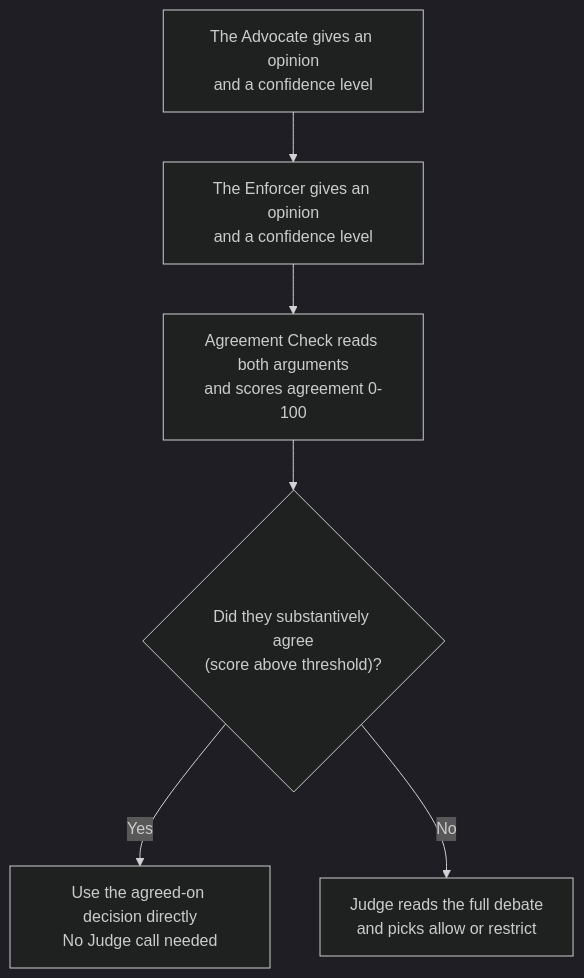
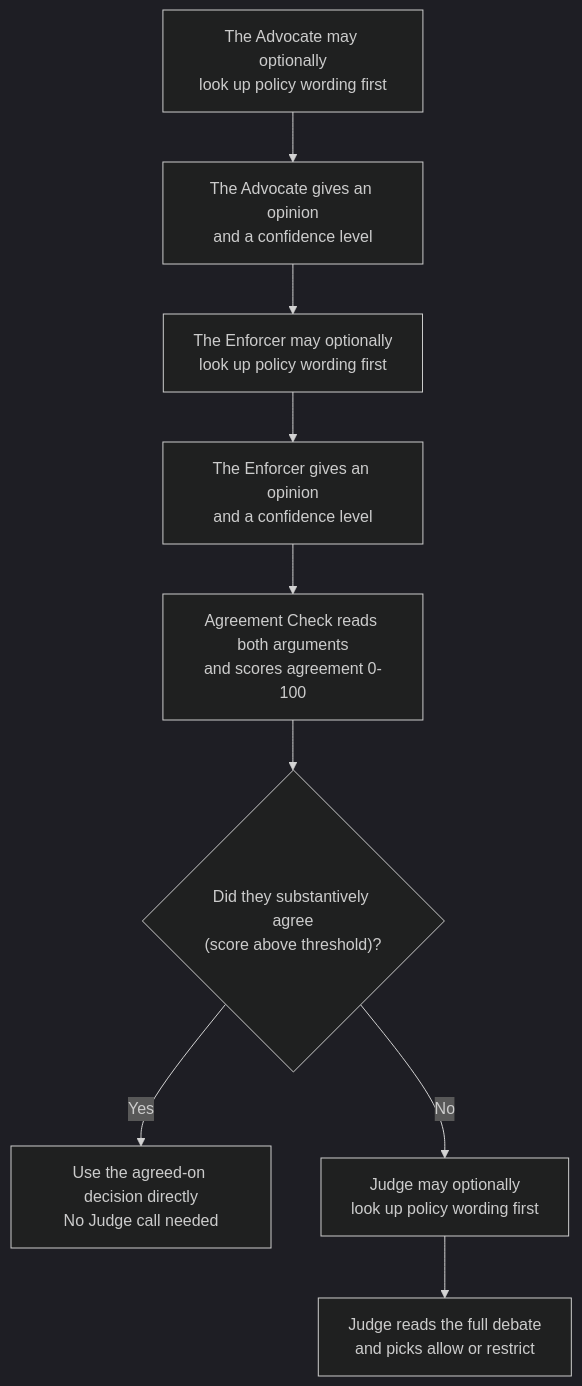
Before and after one commit to harineek24/ModAgent: the third of 3 diagrams in docs/HOW_IT_WORKS.md, drawn with Mermaid (dark theme). The commit also changed other lines of this file, not shown here.

First line of the commit message:
Show the optional, at-will tool-calling step in the Slide 4 debate diagram

````diff
--- a/docs/HOW_IT_WORKS.md
+++ b/docs/HOW_IT_WORKS.md
@@ -82,8 +82,11 @@
 ```mermaid
 flowchart TD
-    R1[The Advocate gives an opinion\nand a confidence level] --> R2[The Enforcer gives an opinion\nand a confidence level]
-    R2 --> AC[Agreement Check reads both arguments\nand scores agreement 0-100]
+    R1[The Advocate may optionally\nlook up policy wording first] --> R1b[The Advocate gives an opinion\nand a confidence level]
+    R1b --> R2[The Enforcer may optionally\nlook up policy wording first]
+    R2 --> R2b[The Enforcer gives an opinion\nand a confidence level]
+    R2b --> AC[Agreement Check reads both arguments\nand scores agreement 0-100]
     AC --> Check{"Did they substantively agree\n(score above threshold)?"}
     Check -->|Yes| Resolve[Use the agreed-on decision directly\nNo Judge call needed]
-    Check -->|No| J[Judge reads the full debate\nand picks allow or restrict]
+    Check -->|No| J0[Judge may optionally\nlook up policy wording first]
+    J0 --> J[Judge reads the full debate\nand picks allow or restrict]
 ```
````
